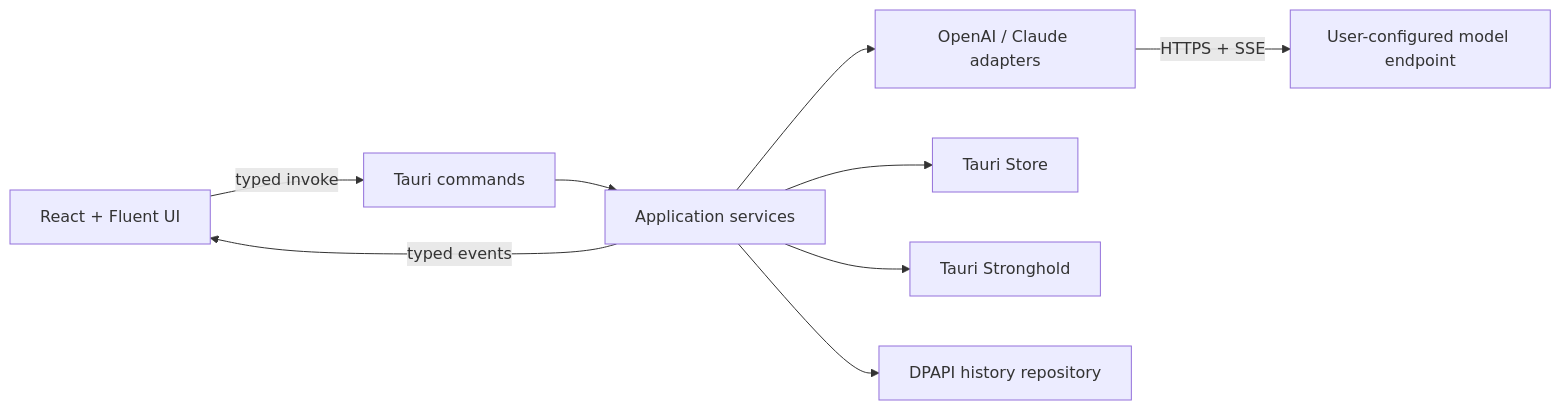
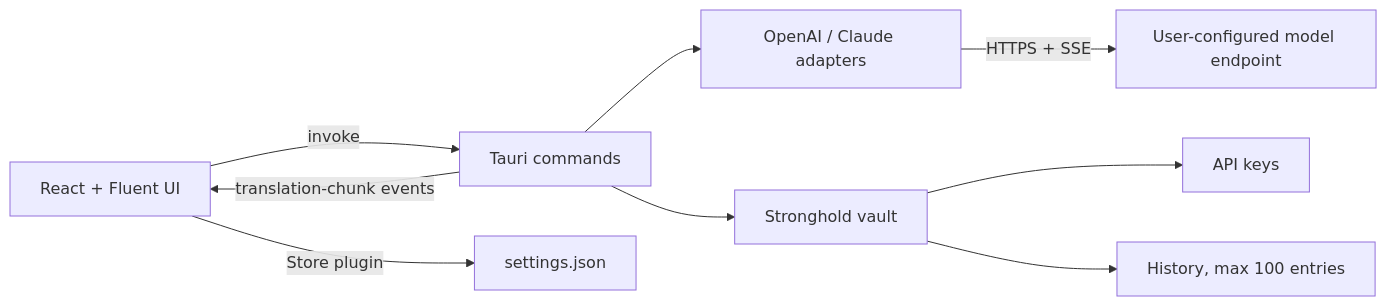
One commit to Trilives/verva-translator changed the diagram in docs/architecture.md. Above: the diagram before and after it, drawn with Mermaid. The commit also changed other lines of this file and 3 other files, not shown here.

````diff
--- a/docs/architecture.md
+++ b/docs/architecture.md
@@ -20,11 +24,11 @@
 ```mermaid
 flowchart LR
-  UI["React + Fluent UI"] -->|typed invoke| CMD["Tauri commands"]
-  CMD --> APP["Application services"]
-  APP --> PROVIDERS["OpenAI / Claude adapters"]
-  APP --> SETTINGS["Tauri Store"]
-  APP --> SECRETS["Tauri Stronghold"]
-  APP --> HISTORY["DPAPI history repository"]
+  UI["React + Fluent UI"] -->|invoke| CMD["Tauri commands"]
+  UI -->|Store plugin| SETTINGS["settings.json"]
+  CMD --> PROVIDERS["OpenAI / Claude adapters"]
+  CMD --> VAULT["Stronghold vault"]
+  VAULT --> KEYS["API keys"]
+  VAULT --> HISTORY["History, max 100 entries"]
   PROVIDERS -->|HTTPS + SSE| MODEL["User-configured model endpoint"]
-  APP -->|typed events| UI
+  CMD -->|translation-chunk events| UI
 ```
````
